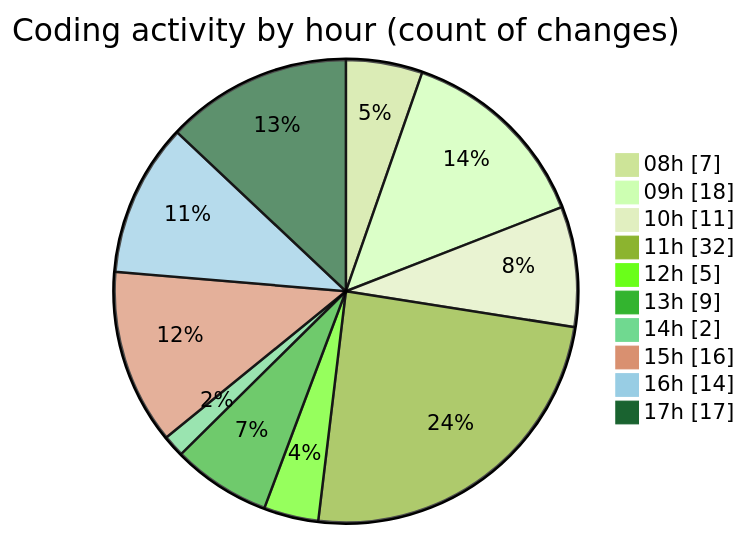
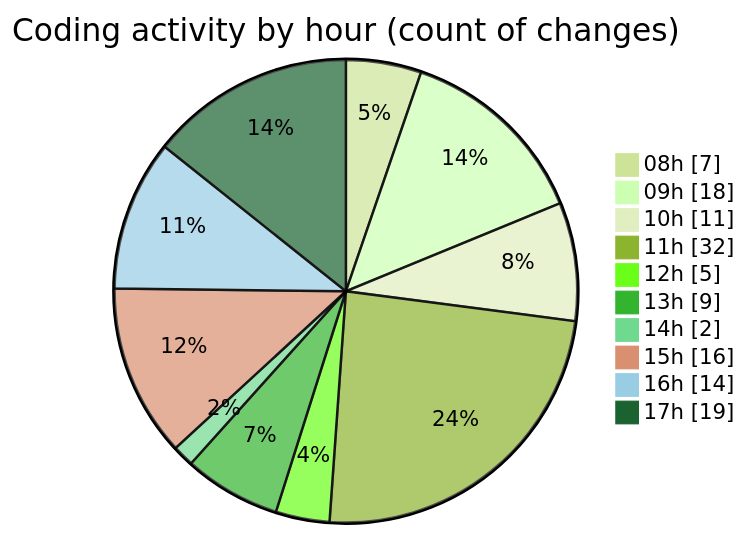
One commit to momahboobian/code-tracking changed the second of 2 diagrams in 2025-11-11/cda/README.md. Above: the diagram before and after it, drawn with Mermaid (forest theme). The commit also changed other lines of this file and 1 other file, not shown here.

````diff
--- a/2025-11-11/cda/README.md
+++ b/2025-11-11/cda/README.md
@@ -54,14 +54,14 @@
 ```mermaid
 pie showData
 title Coding activity by hour (count of changes)
 "08h" : 7
 "09h" : 18
 "10h" : 11
 "11h" : 32
 "12h" : 5
 "13h" : 9
 "14h" : 2
 "15h" : 16
 "16h" : 14
-"17h" : 17
+"17h" : 19
 ```
````
